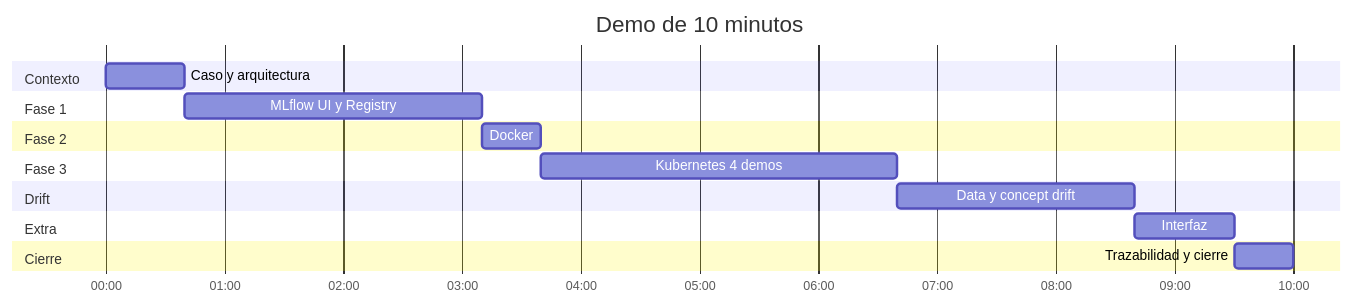
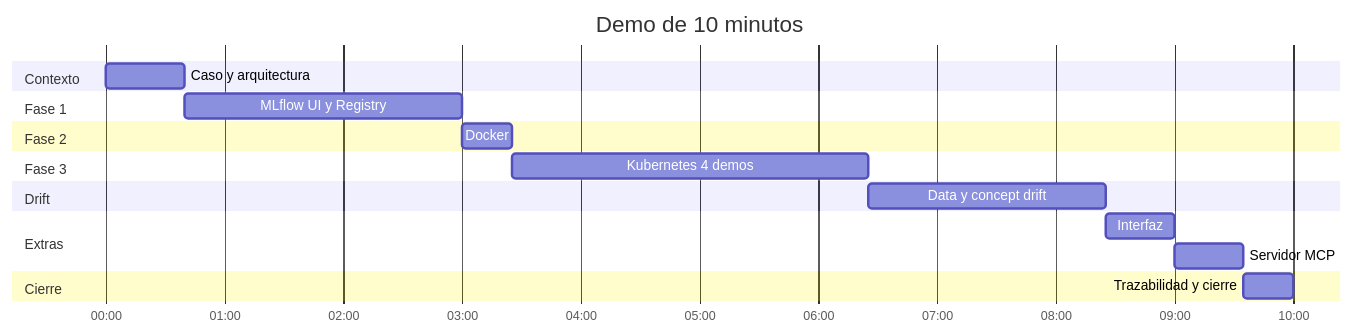
The diagram in docs/demo-10min.md (AcademicHumber/proyecto-final-mlops), drawn with Mermaid before and after one commit. The commit also changed other lines of this file, not shown here.

Commit message:
Demo de 10 min: bloque del servidor MCP y tiempos reajustados

````diff
--- a/docs/demo-10min.md
+++ b/docs/demo-10min.md
@@ -5,20 +5,21 @@
 ```mermaid
 gantt
     title Demo de 10 minutos
     dateFormat mm:ss
     axisFormat %M:%S
     section Contexto
     Caso y arquitectura        :a1, 00:00, 40s
     section Fase 1
-    MLflow UI y Registry       :a2, after a1, 150s
+    MLflow UI y Registry       :a2, after a1, 140s
     section Fase 2
-    Docker                     :a3, after a2, 30s
+    Docker                     :a3, after a2, 25s
     section Fase 3
     Kubernetes 4 demos         :a4, after a3, 180s
     section Drift
     Data y concept drift       :a5, after a4, 120s
-    section Extra
-    Interfaz                   :a6, after a5, 50s
+    section Extras
+    Interfaz                   :a6, after a5, 35s
+    Servidor MCP               :a7, after a6, 35s
     section Cierre
-    Trazabilidad y cierre      :a7, after a6, 30s
+    Trazabilidad y cierre      :a8, after a7, 25s
 ```
````
